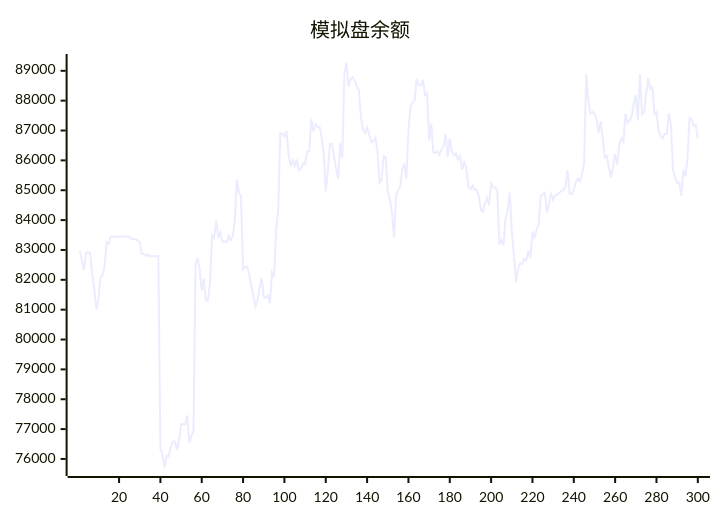
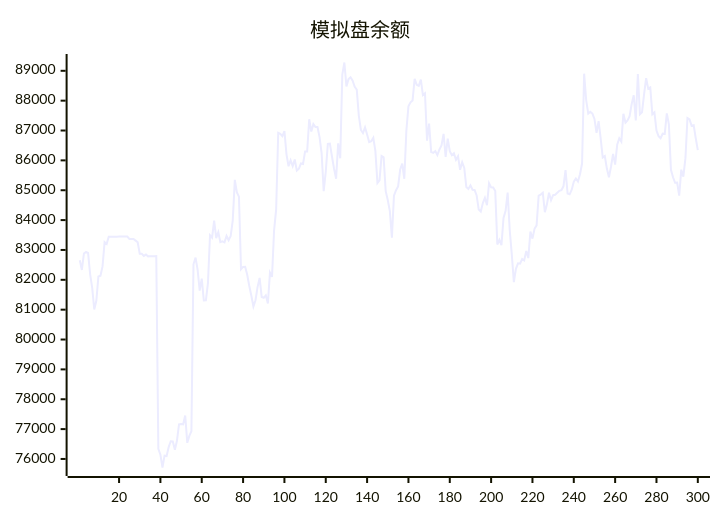
Before and after one commit to aahl/ai-trading: the diagram in README.md, drawn with Mermaid. The commit also changed other lines of this file and 1 other file, not shown here.

````diff
--- a/README.md
+++ b/README.md
@@ -5,5 +5,5 @@
 ```mermaid
 xychart
     title "模拟盘余额"
-    line [82960,82654,82330,82883,82934,82901,82188,81728,81005,81298,82110,82135,82449,83264,83203,83440,83439,83440,83440,83446,83447,83448,83447,83448,83449,83369,83369,83369,83313,83256,82872,82873,82801,82844,82785,82791,82791,82793,82794,76339,76145,75714,76110,76096,76397,76594,76585,76310,76607,77160,77170,77160,77456,76541,76774,76927,82520,82744,82337,81639,82040,81307,81314,81887,83490,83414,83984,83396,83594,83261,83287,83253,83470,83327,83465,83987,85348,84930,84786,82355,82433,82438,82167,81795,81466,81105,81315,81756,82064,81426,81398,81481,81210,82242,82099,83658,84359,86925,86892,86814,86980,86203,85802,86003,85811,86028,85657,85721,85896,85880,86300,86299,87378,86965,87214,87115,87118,86780,86238,84966,85623,86555,86562,86129,85722,85387,86569,86070,88870,89278,88477,88720,88781,88668,88467,88372,87493,87018,86917,87102,86870,86613,86644,86758,86317,85242,85334,86149,86106,84968,84671,84302,83410,84816,85001,85127,85693,85891,85384,87001,87811,87945,88007,88734,88528,88495,88705,88189,88248,86662,87234,86279,86251,86314,86177,86364,86503,86886,86114,86731,86310,86176,86240,86017,86136,85685,85938,85749,85111,85044,85164,85016,85008,84824,84354,84287,84572,84745,84500,85234,85096,85095,84970,83180,83338,83157,84070,84309,84922,83667,82850,81924,82369,82552,82539,82695,82648,82962,82728,83619,83378,83710,83825,84819,84854,84917,84265,84527,84919,84668,84834,84850,84916,84981,85004,85131,85674,84891,84864,85019,85284,85393,85294,85538,85894,88904,88012,87567,87625,87568,87386,86920,87313,86737,86094,86143,85725,85437,85787,86219,85859,86526,86740,86630,87563,87264,87335,87483,87886,88180,87335,88894,87544,87608,88207,88755,88401,88444,87543,87608,87000,86810,86740,86894,86884,87576,87209,85686,85435,85251,85255,84820,85689,85453,86066,87420,87373,87161,87178,86740]
+    line [82654,82330,82883,82934,82901,82188,81728,81005,81298,82110,82135,82449,83264,83203,83440,83439,83440,83440,83446,83447,83448,83447,83448,83449,83369,83369,83369,83313,83256,82872,82873,82801,82844,82785,82791,82791,82793,82794,76339,76145,75714,76110,76096,76397,76594,76585,76310,76607,77160,77170,77160,77456,76541,76774,76927,82520,82744,82337,81639,82040,81307,81314,81887,83490,83414,83984,83396,83594,83261,83287,83253,83470,83327,83465,83987,85348,84930,84786,82355,82433,82438,82167,81795,81466,81105,81315,81756,82064,81426,81398,81481,81210,82242,82099,83658,84359,86925,86892,86814,86980,86203,85802,86003,85811,86028,85657,85721,85896,85880,86300,86299,87378,86965,87214,87115,87118,86780,86238,84966,85623,86555,86562,86129,85722,85387,86569,86070,88870,89278,88477,88720,88781,88668,88467,88372,87493,87018,86917,87102,86870,86613,86644,86758,86317,85242,85334,86149,86106,84968,84671,84302,83410,84816,85001,85127,85693,85891,85384,87001,87811,87945,88007,88734,88528,88495,88705,88189,88248,86662,87234,86279,86251,86314,86177,86364,86503,86886,86114,86731,86310,86176,86240,86017,86136,85685,85938,85749,85111,85044,85164,85016,85008,84824,84354,84287,84572,84745,84500,85234,85096,85095,84970,83180,83338,83157,84070,84309,84922,83667,82850,81924,82369,82552,82539,82695,82648,82962,82728,83619,83378,83710,83825,84819,84854,84917,84265,84527,84919,84668,84834,84850,84916,84981,85004,85131,85674,84891,84864,85019,85284,85393,85294,85538,85894,88904,88012,87567,87625,87568,87386,86920,87313,86737,86094,86143,85725,85437,85787,86219,85859,86526,86740,86630,87563,87264,87335,87483,87886,88180,87335,88894,87544,87608,88207,88755,88401,88444,87543,87608,87000,86810,86740,86894,86884,87576,87209,85686,85435,85251,85255,84820,85689,85453,86066,87420,87373,87161,87178,86740,86341]
 ```
````
